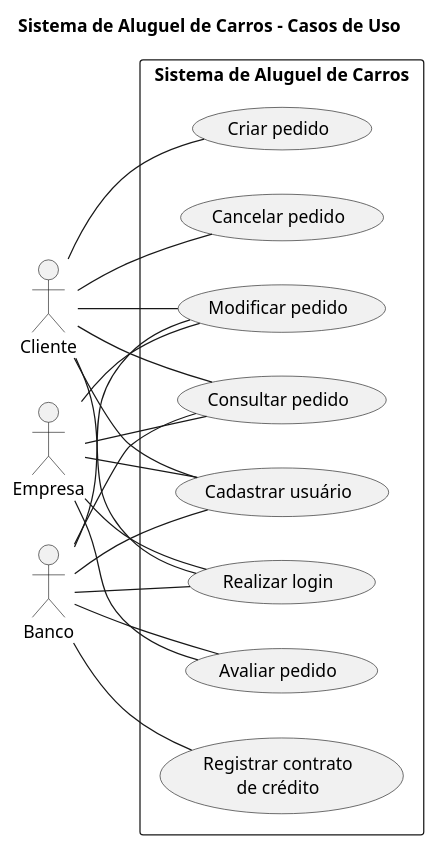
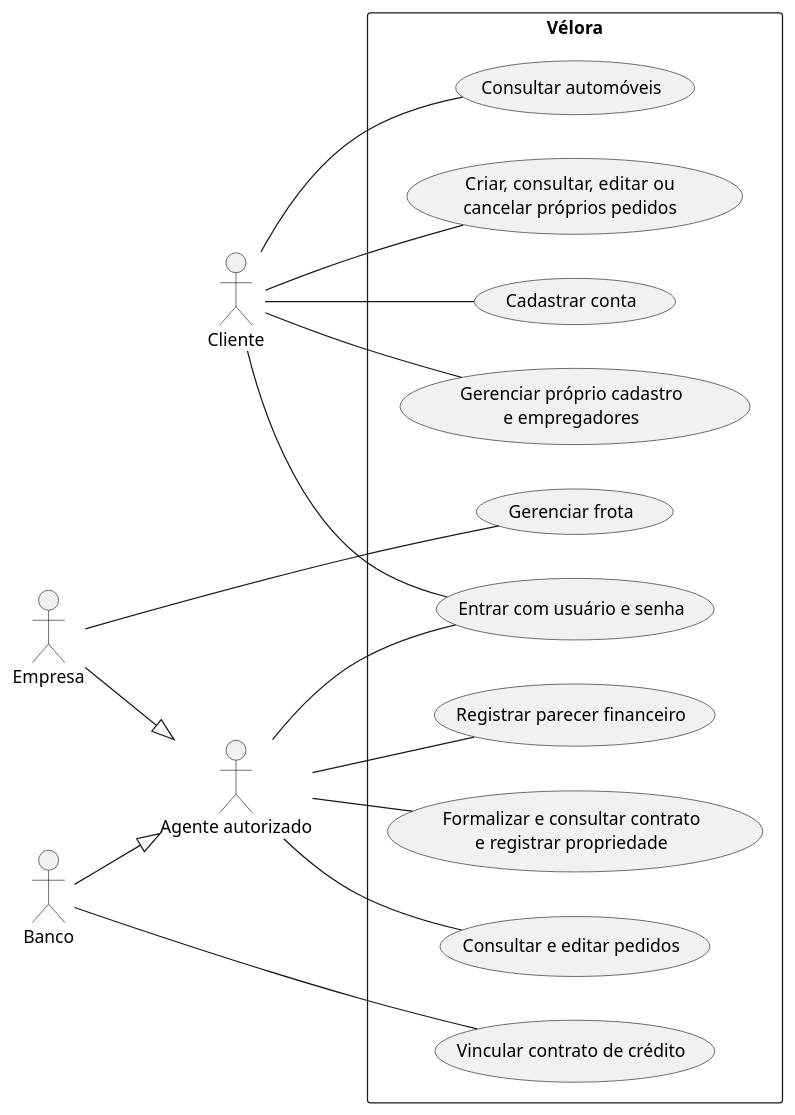
One commit to MayraSantos06/sistema-aluguel-carros changed the diagram in documentacao/uml/casos-de-uso.puml. Above: the diagram before and after it, drawn with PlantUML. The commit also changed other lines of this file and 69 other files, not shown here.

First line of the commit message:
feat: completa fluxos do sistema de aluguel

```diff
--- a/documentacao/uml/casos-de-uso.puml
+++ b/documentacao/uml/casos-de-uso.puml
@@ -2,46 +1,32 @@
 @startuml
 left to right direction
-
-skinparam packageStyle rectangle
-skinparam shadowing false
-
-title Sistema de Aluguel de Carros - Casos de Uso
-
 actor Cliente
 actor Empresa
 actor Banco
-
-rectangle "Sistema de Aluguel de Carros" {
-
-  usecase "Cadastrar usuário" as UC01
-  usecase "Realizar login" as UC02
-  usecase "Criar pedido" as UC03
-  usecase "Consultar pedido" as UC04
-  usecase "Modificar pedido" as UC05
-  usecase "Cancelar pedido" as UC06
-  usecase "Avaliar pedido" as UC07
-  usecase "Registrar contrato\nde crédito" as UC08
-
+actor "Agente autorizado" as Agente
+Empresa --|> Agente
+Banco --|> Agente
+rectangle "Vélora" {
+  usecase "Cadastrar conta" as Cadastro
+  usecase "Entrar com usuário e senha" as Login
+  usecase "Gerenciar próprio cadastro\ne empregadores" as Perfil
+  usecase "Consultar automóveis" as Catalogo
+  usecase "Gerenciar frota" as Frota
+  usecase "Criar, consultar, editar ou\ncancelar próprios pedidos" as Pedidos
+  usecase "Consultar e editar pedidos" as Gestao
+  usecase "Registrar parecer financeiro" as Avaliacao
+  usecase "Formalizar e consultar contrato\ne registrar propriedade" as Contrato
+  usecase "Vincular contrato de crédito" as Credito
 }
-
-Cliente -- UC01
-Cliente -- UC02
-Cliente -- UC03
-Cliente -- UC04
-Cliente -- UC05
-Cliente -- UC06
-
-Empresa -- UC01
-Empresa -- UC02
-Empresa -- UC04
-Empresa -- UC05
-Empresa -- UC07
-
-Banco -- UC01
-Banco -- UC02
-Banco -- UC04
-Banco -- UC05
-Banco -- UC07
-Banco -- UC08
-
+Cliente -- Cadastro
+Cliente -- Login
+Cliente -- Perfil
+Cliente -- Catalogo
+Cliente -- Pedidos
+Empresa -- Frota
+Agente -- Login
+Agente -- Gestao
+Agente -- Avaliacao
+Agente -- Contrato
+Banco -- Credito
 @enduml
```
